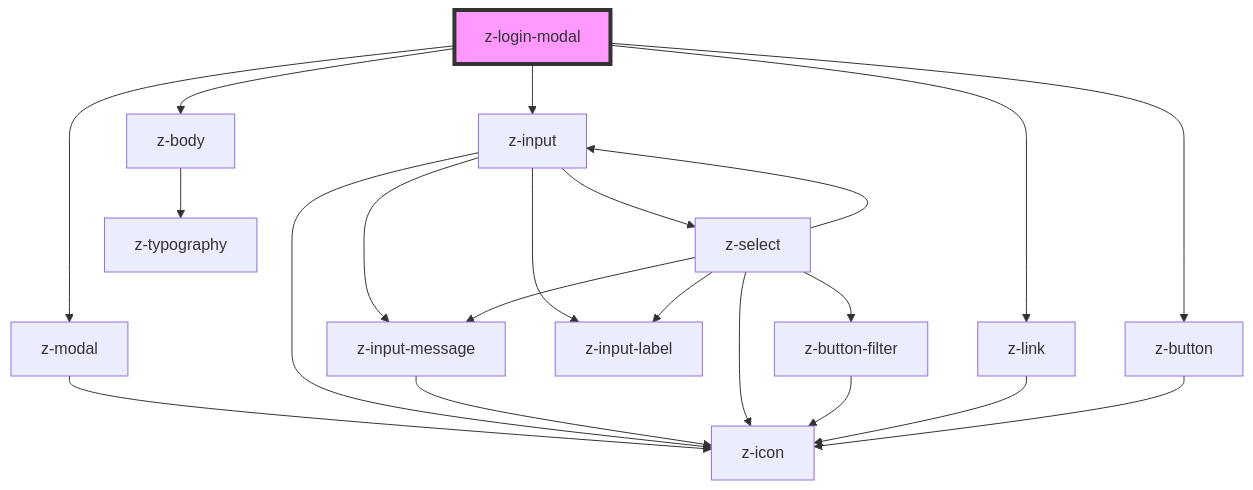
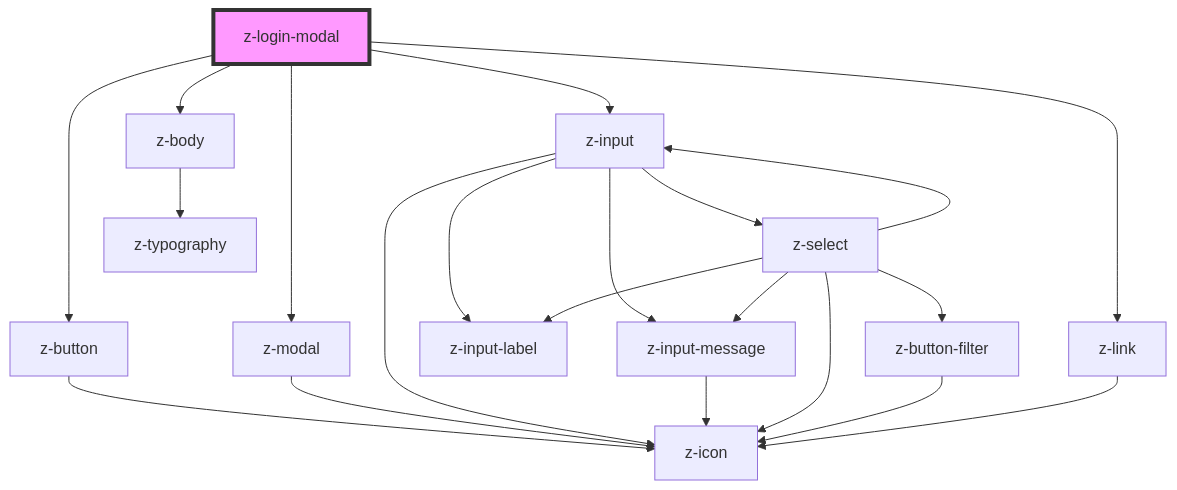
Before and after one commit to ZanichelliEditore/design-system: the diagram in src/components/modal/z-login-modal/readme.md, drawn with Mermaid. The commit also changed other lines of this file and 5 other files, not shown here.

````diff
--- a/src/components/modal/z-login-modal/readme.md
+++ b/src/components/modal/z-login-modal/readme.md
@@ -49,24 +48,24 @@
 ```mermaid
 graph TD;
+  z-login-modal --> z-button
   z-login-modal --> z-modal
   z-login-modal --> z-input
   z-login-modal --> z-link
-  z-login-modal --> z-button
   z-login-modal --> z-body
+  z-button --> z-icon
   z-modal --> z-icon
   z-input --> z-input-label
   z-input --> z-icon
   z-input --> z-input-message
   z-input --> z-select
   z-input-message --> z-icon
   z-select --> z-input-label
   z-select --> z-input
   z-select --> z-button-filter
   z-select --> z-icon
   z-select --> z-input-message
   z-button-filter --> z-icon
   z-link --> z-icon
-  z-button --> z-icon
   z-body --> z-typography
   style z-login-modal fill:#f9f,stroke:#333,stroke-width:4px
 ```
````
